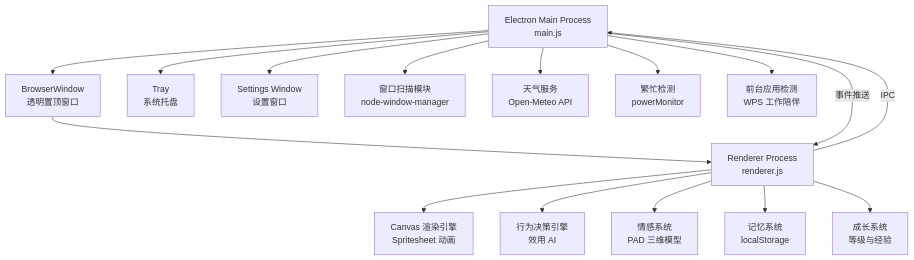
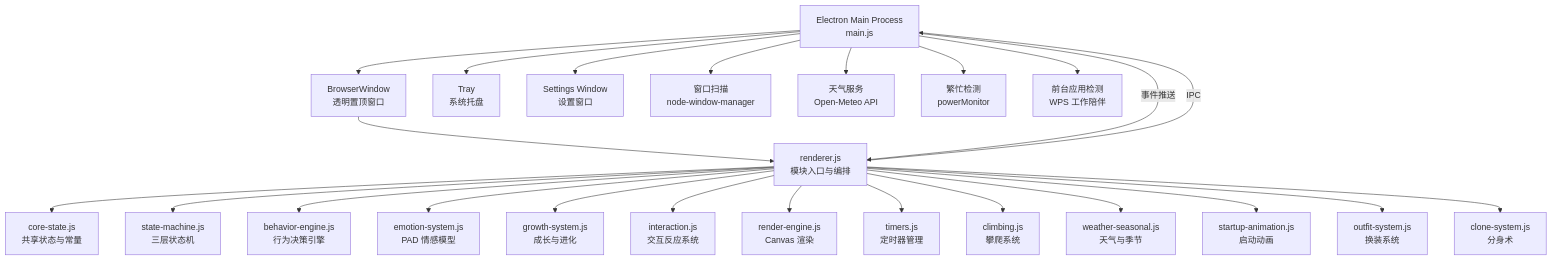
Before and after one commit to zyzly0705/codex-pets: the first of 2 diagrams in docs/Architecture.md, drawn with Mermaid. The commit also changed other lines of this file and 26 other files, not shown here.

````diff
--- a/docs/Architecture.md
+++ b/docs/Architecture.md
@@ -17,22 +21,30 @@
 ```mermaid
 graph TB
     A[Electron Main Process<br>main.js] --> B[BrowserWindow<br>透明置顶窗口]
     A --> C[Tray<br>系统托盘]
     A --> D[Settings Window<br>设置窗口]
     
-    B --> E[Renderer Process<br>renderer.js]
+    B --> E[renderer.js<br>模块入口与编排]
     
-    E --> F[Canvas 渲染引擎<br>Spritesheet 动画]
-    E --> G[行为决策引擎<br>效用 AI]
-    E --> H[情感系统<br>PAD 三维模型]
-    E --> I[记忆系统<br>localStorage]
-    E --> J[成长系统<br>等级与经验]
+    E --> F[core-state.js<br>共享状态与常量]
+    E --> G[state-machine.js<br>三层状态机]
+    E --> H[behavior-engine.js<br>行为决策引擎]
+    E --> I[emotion-system.js<br>PAD 情感模型]
+    E --> J[growth-system.js<br>成长与进化]
+    E --> K[interaction.js<br>交互反应系统]
+    E --> L[render-engine.js<br>Canvas 渲染]
+    E --> M[timers.js<br>定时器管理]
+    E --> N[climbing.js<br>攀爬系统]
+    E --> O[weather-seasonal.js<br>天气与季节]
+    E --> P[startup-animation.js<br>启动动画]
+    E --> Q[outfit-system.js<br>换装系统]
+    E --> R[clone-system.js<br>分身术]
     
-    A --> K[窗口扫描模块<br>node-window-manager]
-    A --> L[天气服务<br>Open-Meteo API]
-    A --> M[繁忙检测<br>powerMonitor]
-    A --> N[前台应用检测<br>WPS 工作陪伴]
+    A --> S[窗口扫描<br>node-window-manager]
+    A --> T[天气服务<br>Open-Meteo API]
+    A --> U[繁忙检测<br>powerMonitor]
+    A --> V[前台应用检测<br>WPS 工作陪伴]
     
     E -->|IPC| A
     A -->|事件推送| E
 ```
````
